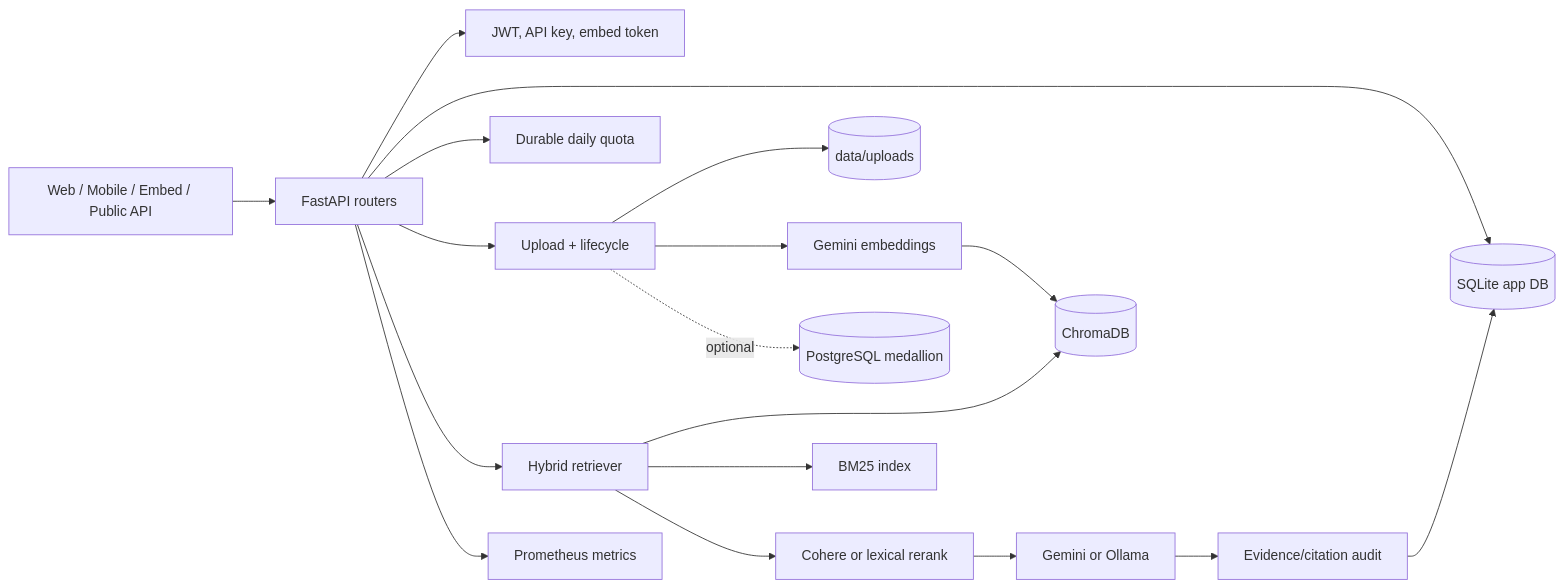
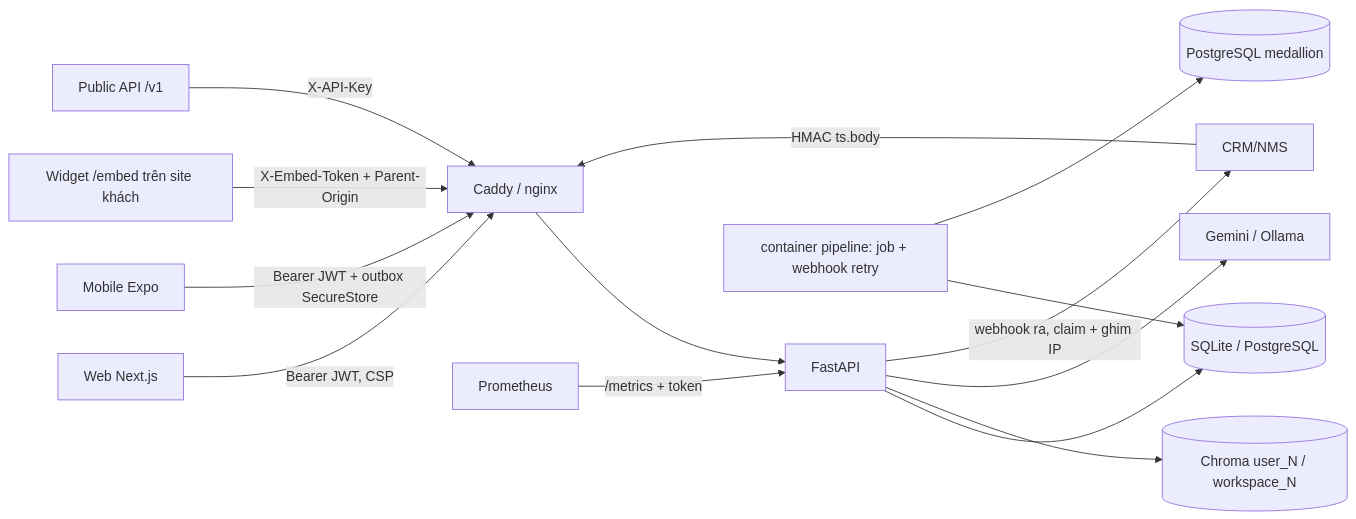
Before and after one commit to trandohaianh/RAG-AI-: the diagram in reports/01_Technical_Code_Audit_Report.md, drawn with Mermaid. The commit also changed other lines of this file and 58 other files, not shown here.

First line of the commit message:
Source audit fixes across auth, field ops, RAG, pipeline, deploy and clients

````diff
--- a/reports/01_Technical_Code_Audit_Report.md
+++ b/reports/01_Technical_Code_Audit_Report.md
@@ -33,20 +76,16 @@
 ```mermaid
 flowchart LR
-  C[Web / Mobile / Embed / Public API] --> A[FastAPI routers]
-  A --> AU[JWT, API key, embed token]
-  A --> DB[(SQLite app DB)]
-  A --> Q[Durable daily quota]
-  A --> DOC[Upload + lifecycle]
-  DOC --> FILES[(data/uploads)]
-  DOC --> EMB[Gemini embeddings]
-  EMB --> V[(ChromaDB)]
-  A --> R[Hybrid retriever]
-  R --> V
-  R --> B[BM25 index]
-  R --> RR[Cohere or lexical rerank]
-  RR --> L[Gemini or Ollama]
-  L --> E[Evidence/citation audit]
-  E --> DB
-  A --> M[Prometheus metrics]
-  DOC -. optional .-> PG[(PostgreSQL medallion)]
+  W[Web Next.js] -->|Bearer JWT, CSP| EDGE
+  M[Mobile Expo] -->|Bearer JWT + outbox SecureStore| EDGE
+  E[Widget /embed trên site khách] -->|X-Embed-Token + Parent-Origin| EDGE
+  P[Public API /v1] -->|X-API-Key| EDGE
+  CRM[CRM/NMS] -->|HMAC ts.body| EDGE
+  EDGE[Caddy / nginx] --> API[FastAPI]
+  API --> DB[(SQLite / PostgreSQL)]
+  API --> CH[(Chroma user_N / workspace_N)]
+  API --> LLM[Gemini / Ollama]
+  API -->|webhook ra, claim + ghim IP| CRM
+  PL[container pipeline: job + webhook retry] --> DB
+  PL --> PG[(PostgreSQL medallion)]
+  PROM[Prometheus] -->|/metrics + token| API
 ```
````
